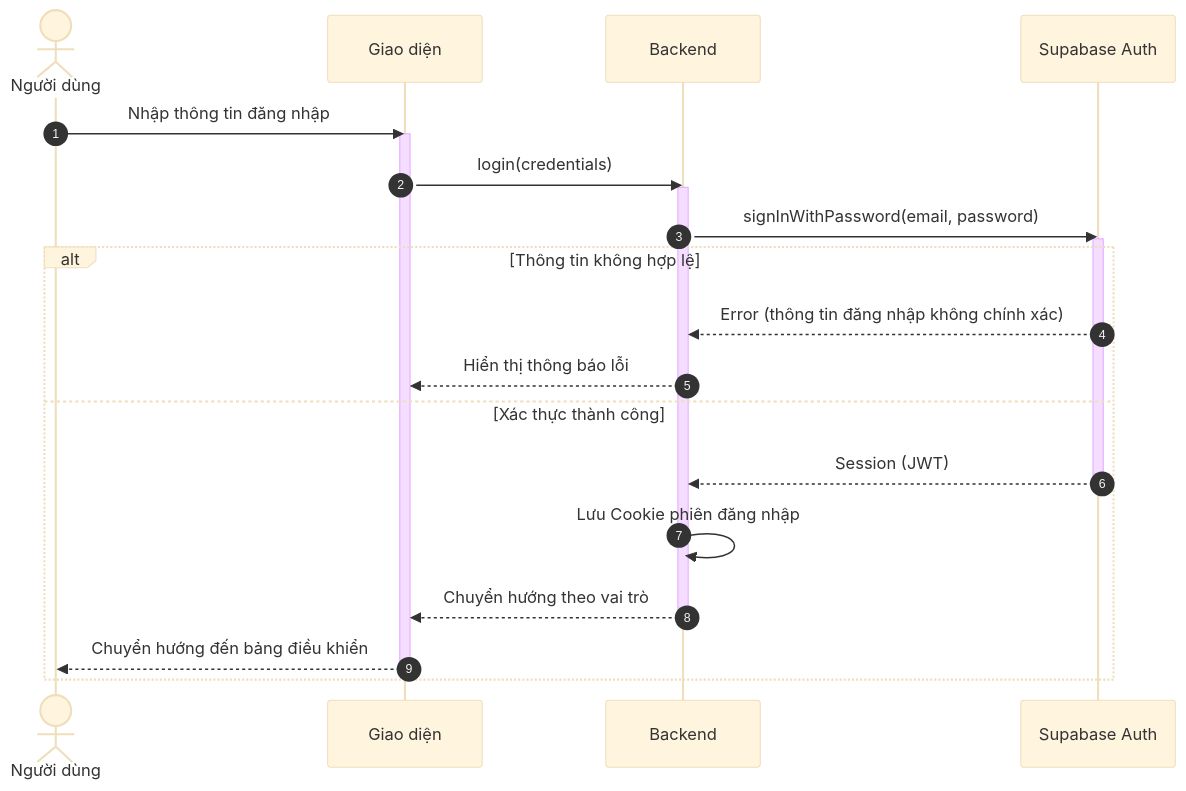
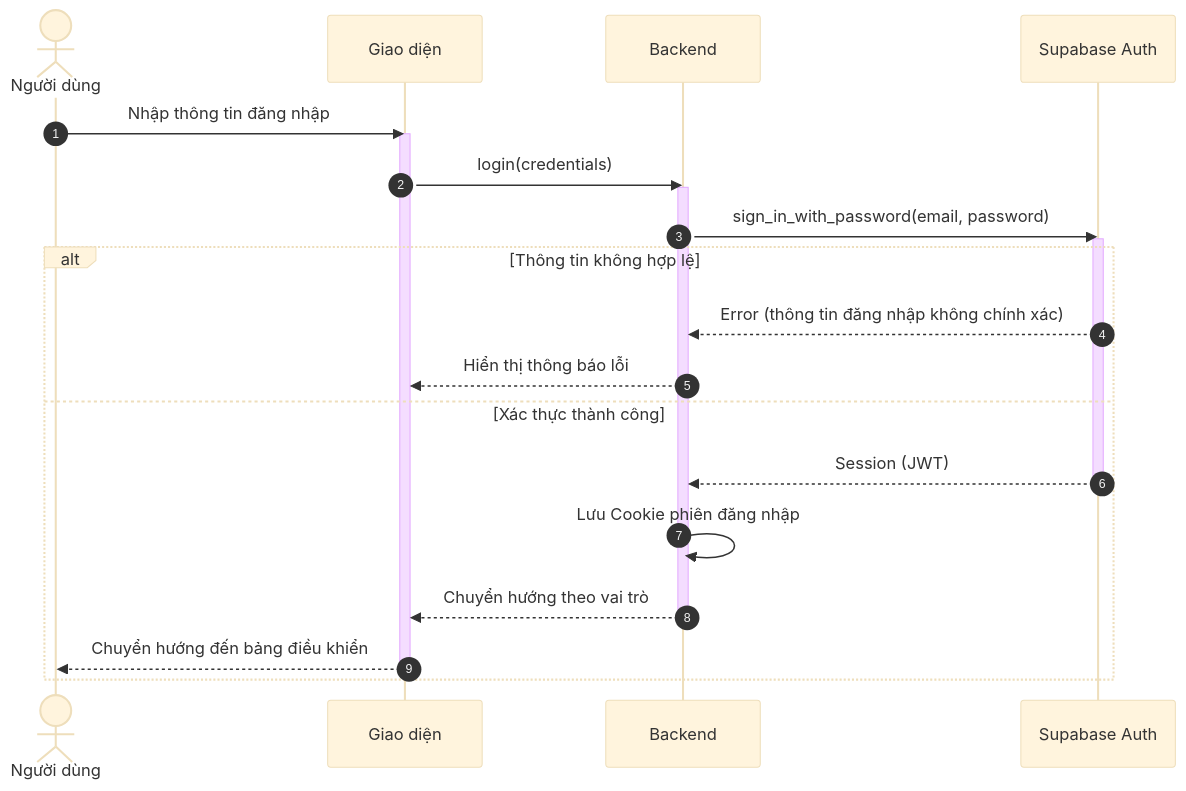
The third of 7 diagrams in docs/design/sequences/authentication.md (ngoctinn/Synapse), drawn with Mermaid (base theme) before and after one commit. The commit also changed other lines of this file and 4 other files, not shown here.

Commit message:
docs: Add activity and sequence diagrams for authentication, customer, receptionist, and technician flows.

````diff
--- a/docs/design/sequences/authentication.md
+++ b/docs/design/sequences/authentication.md
@@ -86,31 +86,31 @@
 ```mermaid
 sequenceDiagram
     autonumber
     actor ND as Người dùng
     participant UI as Giao diện
     participant BE as Backend
     participant SUPA as Supabase Auth
 
     ND->>UI: Nhập thông tin đăng nhập
     activate UI
     UI->>BE: login(credentials)
     activate BE
 
-    BE->>SUPA: signInWithPassword(email, password)
+    BE->>SUPA: sign_in_with_password(email, password)
     activate SUPA
 
     alt Thông tin không hợp lệ
         SUPA-->>BE: Error (thông tin đăng nhập không chính xác)
         BE-->>UI: Hiển thị thông báo lỗi
     else Xác thực thành công
         SUPA-->>BE: Session (JWT)
         deactivate SUPA
 
         BE->>BE: Lưu Cookie phiên đăng nhập
         BE-->>UI: Chuyển hướng theo vai trò
         deactivate BE
 
         UI-->>ND: Chuyển hướng đến bảng điều khiển
         deactivate UI
     end
 ```
````
